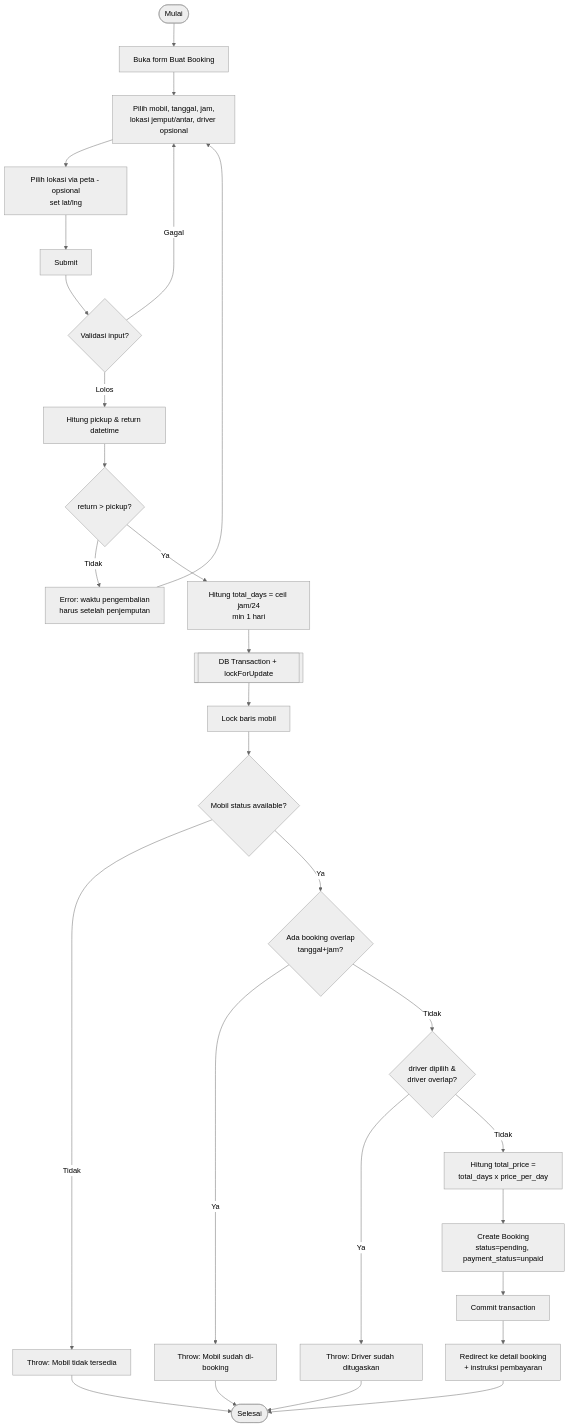
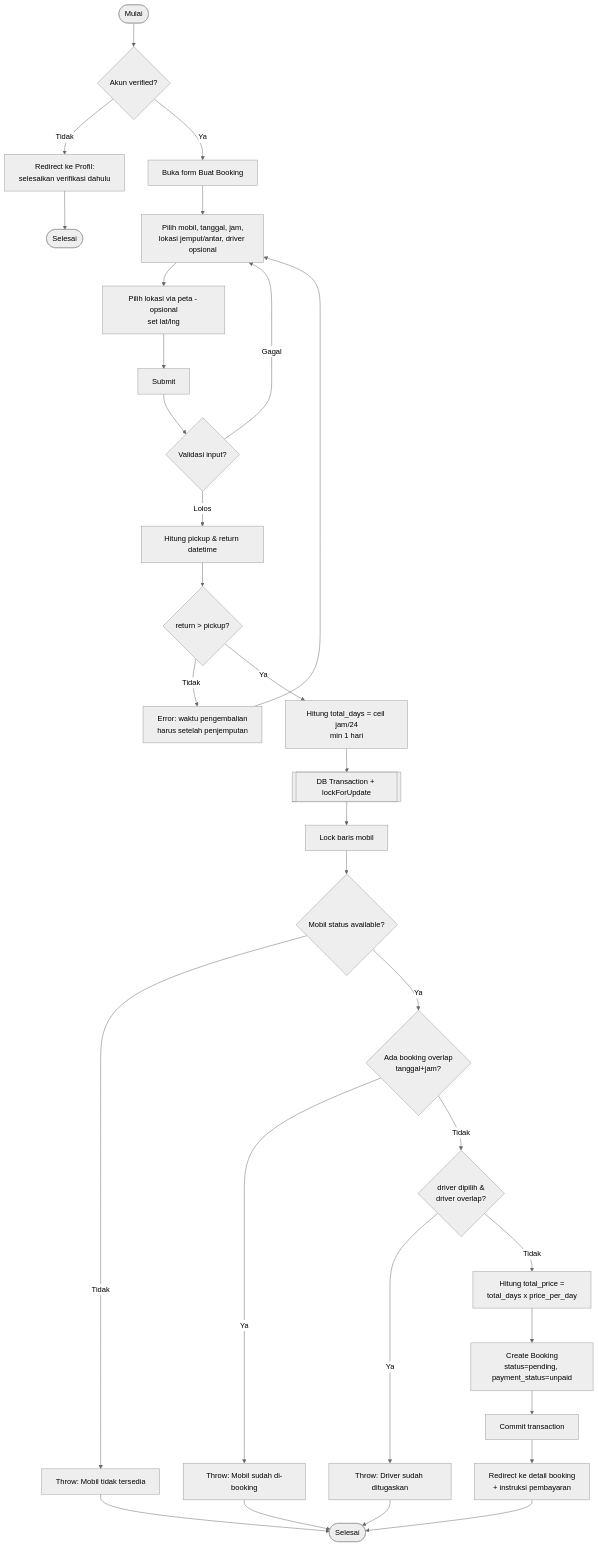
One commit to FaridRah16/Prasetya-Rent-Car- changed the third of 6 diagrams in docs/05-activity-diagram.md. Above: the diagram before and after it, drawn with Mermaid (neutral theme). The commit also changed other lines of this file and 47 other files, not shown here.

````diff
--- a/docs/05-activity-diagram.md
+++ b/docs/05-activity-diagram.md
@@ -35,30 +67,33 @@
 ```mermaid
 flowchart TD
-    A([Mulai]) --> B[Buka form Buat Booking]
+    A([Mulai]) --> A1{Akun verified?}
+    A1 -->|Tidak| A2[Redirect ke Profil:<br/>selesaikan verifikasi dahulu]
+    A2 --> Z2([Selesai])
+    A1 -->|Ya| B[Buka form Buat Booking]
     B --> C[Pilih mobil, tanggal, jam,<br/>lokasi jemput/antar, driver opsional]
     C --> C2[Pilih lokasi via peta - opsional<br/>set lat/lng]
     C2 --> D[Submit]
     D --> E{Validasi input?}
     E -->|Gagal| C
     E -->|Lolos| F[Hitung pickup & return datetime]
     F --> G{return > pickup?}
     G -->|Tidak| H[Error: waktu pengembalian<br/>harus setelah penjemputan]
     H --> C
     G -->|Ya| I[Hitung total_days = ceil jam/24<br/>min 1 hari]
     I --> J[[DB Transaction + lockForUpdate]]
     J --> K[Lock baris mobil]
     K --> L{Mobil status available?}
     L -->|Tidak| M[Throw: Mobil tidak tersedia]
     L -->|Ya| N{Ada booking overlap<br/>tanggal+jam?}
     N -->|Ya| O[Throw: Mobil sudah di-booking]
     N -->|Tidak| P{driver dipilih &<br/>driver overlap?}
     P -->|Ya| Q[Throw: Driver sudah ditugaskan]
     P -->|Tidak| R[Hitung total_price =<br/>total_days x price_per_day]
     R --> S[Create Booking<br/>status=pending, payment_status=unpaid]
     S --> T[Commit transaction]
     T --> U[Redirect ke detail booking<br/>+ instruksi pembayaran]
     U --> Z([Selesai])
     M --> Z
     O --> Z
     Q --> Z
 ```
````
